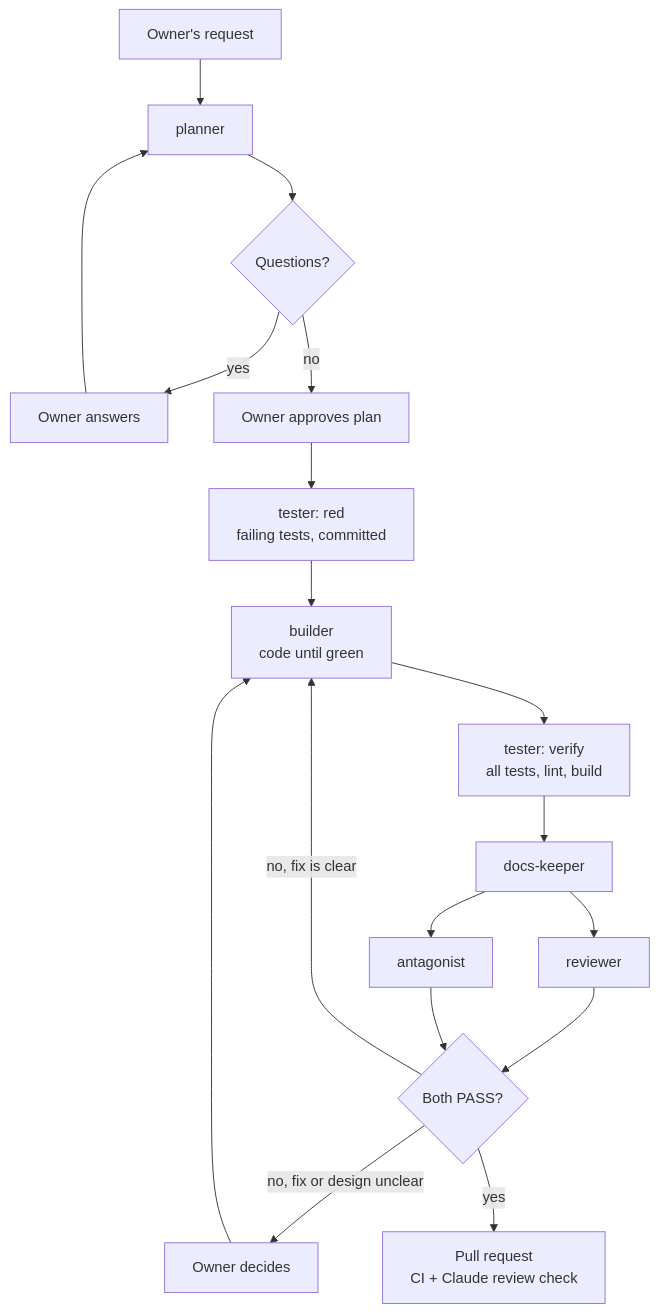
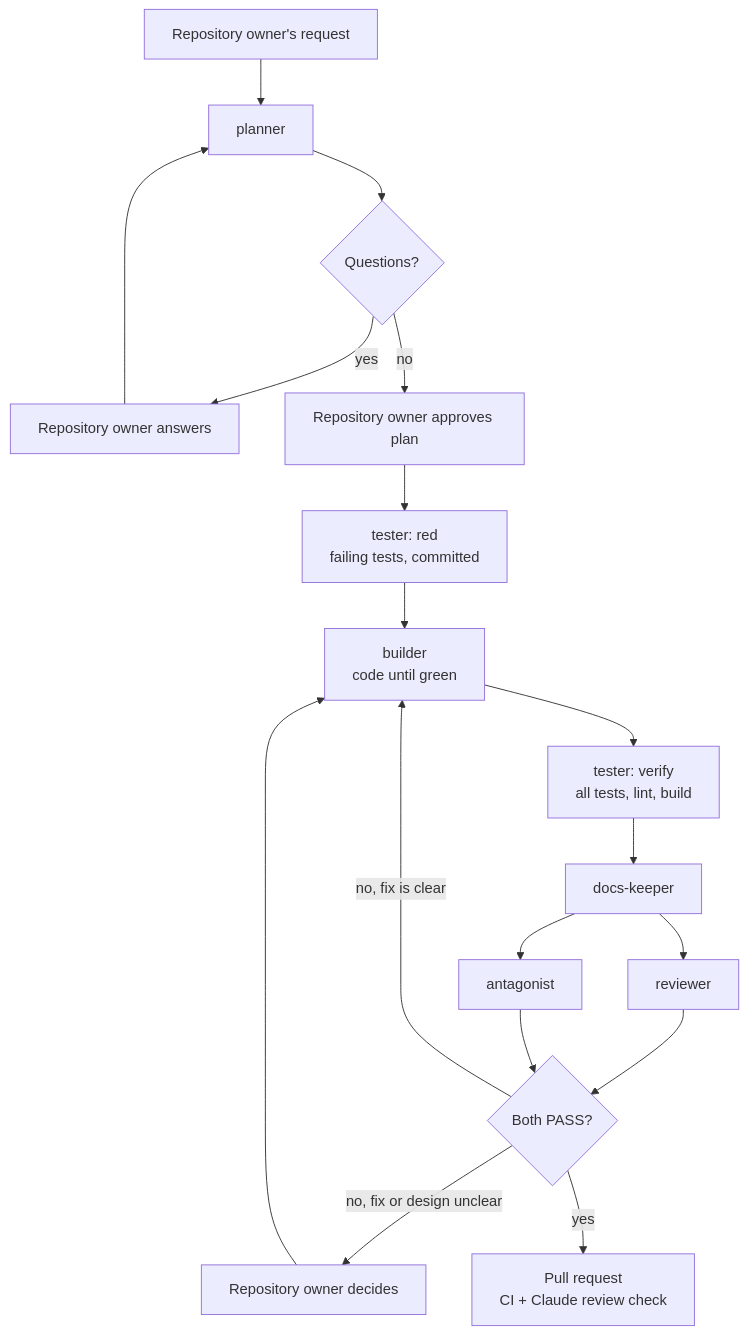
The diagram in docs/agents.md (jongane/Tessera), drawn with Mermaid before and after one commit. The commit also changed other lines of this file and 10 other files, not shown here.

First line of the commit message:
docs: call the decision-maker the repository owner (#34)

````diff
--- a/docs/agents.md
+++ b/docs/agents.md
@@ -24,18 +24,18 @@
 ```mermaid
 flowchart TD
-    R[Owner's request] --> P[planner]
+    R[Repository owner's request] --> P[planner]
     P --> Q{Questions?}
-    Q -- yes --> O1[Owner answers] --> P
-    Q -- no --> A[Owner approves plan]
+    Q -- yes --> O1[Repository owner answers] --> P
+    Q -- no --> A[Repository owner approves plan]
     A --> T1[tester: red<br/>failing tests, committed]
     T1 --> B[builder<br/>code until green]
     B --> T2[tester: verify<br/>all tests, lint, build]
     T2 --> D[docs-keeper]
     D --> RV[reviewer]
     D --> AN[antagonist]
     RV --> J{Both PASS?}
     AN --> J
     J -- no, fix is clear --> B
-    J -- no, fix or design unclear --> O2[Owner decides] --> B
+    J -- no, fix or design unclear --> O2[Repository owner decides] --> B
     J -- yes --> PR[Pull request<br/>CI + Claude review check]
 ```
````
